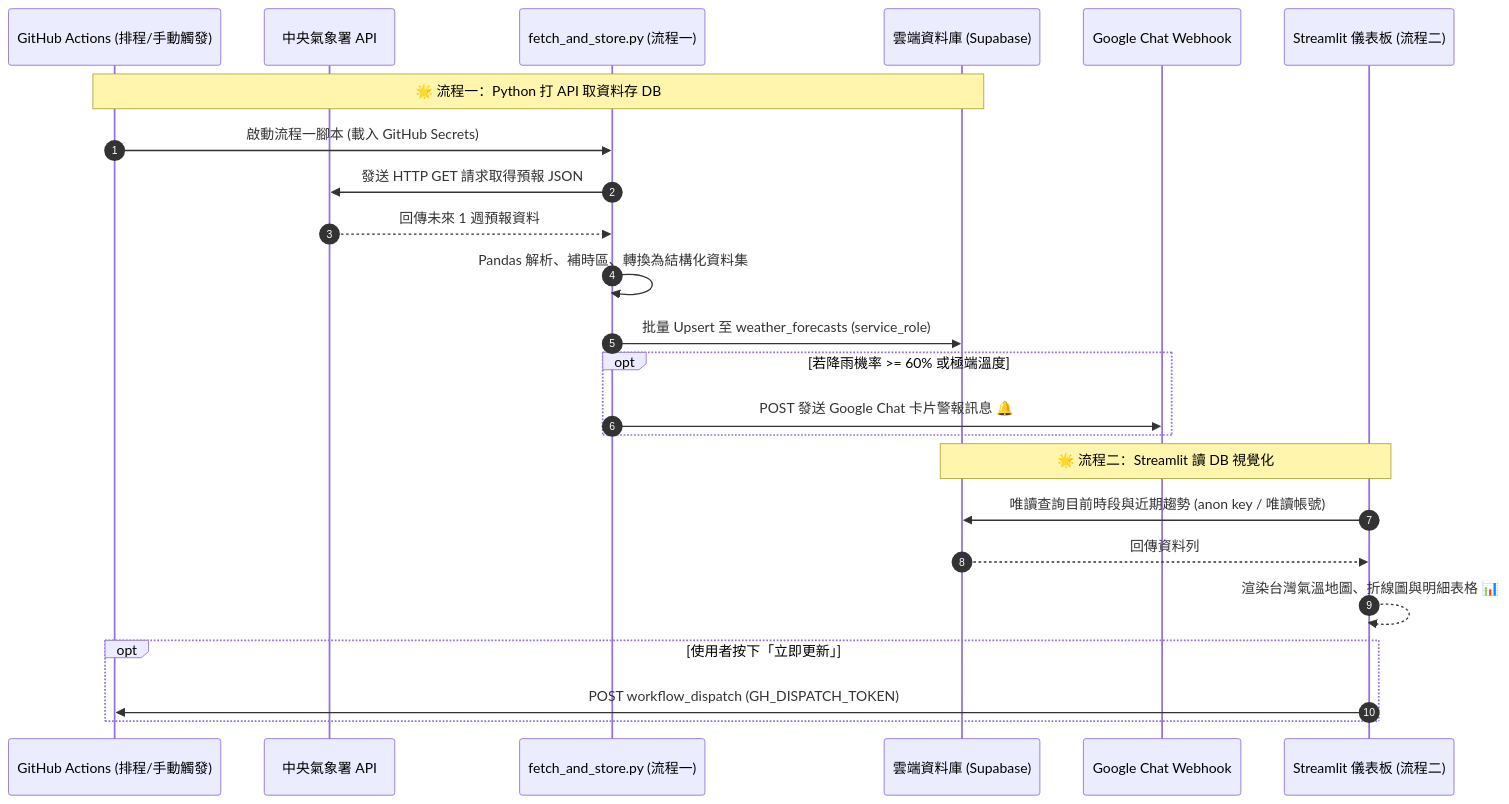
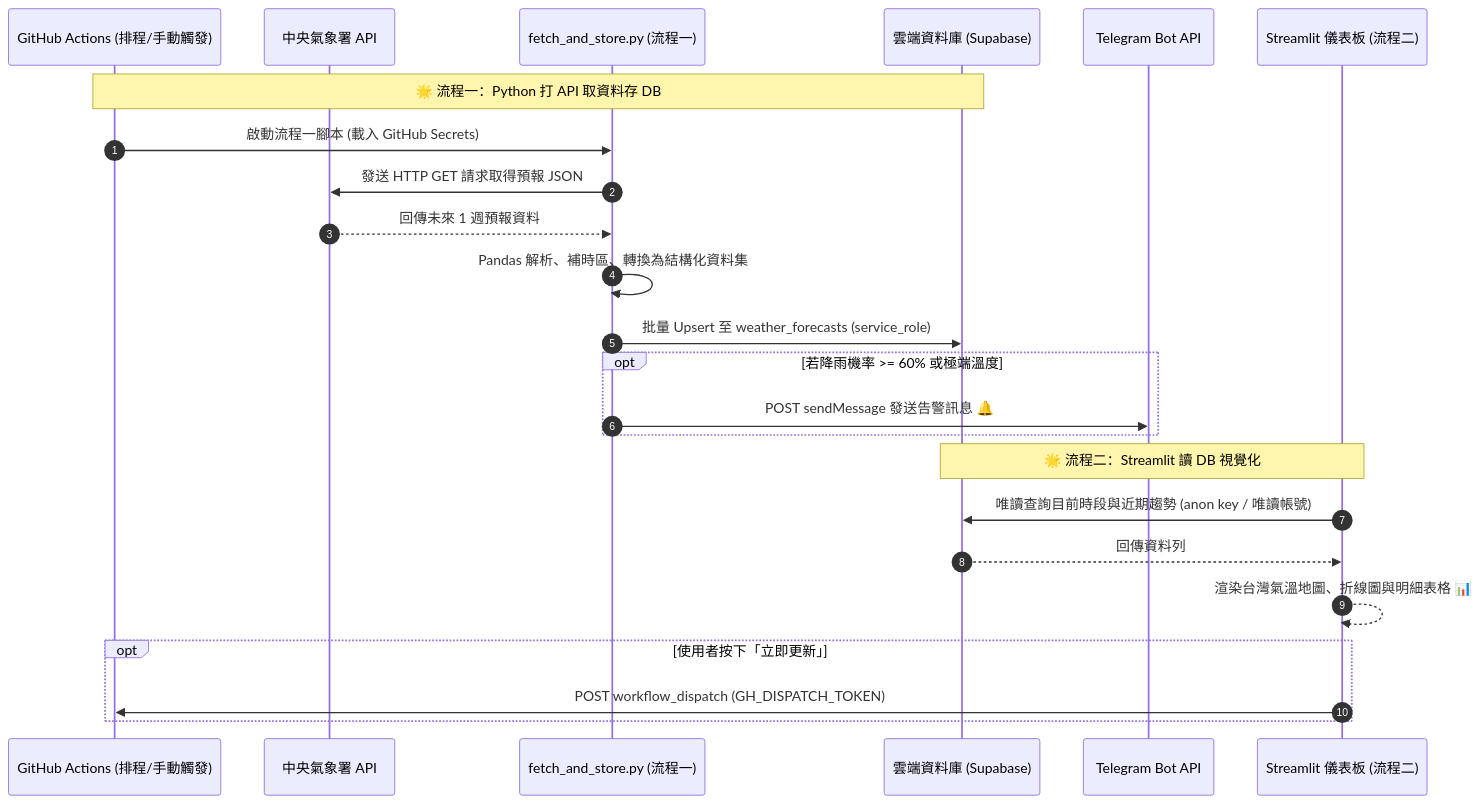
The second of 2 diagrams in forecast/SPECIFICATION.md (hobartXIII/tw_forecast), drawn with Mermaid before and after one commit. The commit also changed other lines of this file and 7 other files, not shown here.

First line of the commit message:
推播管道改為 Telegram，移除 Google Chat

````diff
--- a/forecast/SPECIFICATION.md
+++ b/forecast/SPECIFICATION.md
@@ -103,28 +103,28 @@
 ```mermaid
 sequenceDiagram
     autonumber
     participant GHA as GitHub Actions (排程/手動觸發)
     participant CWA as 中央氣象署 API
     participant P1 as fetch_and_store.py (流程一)
     participant DB as 雲端資料庫 (Supabase)
-    participant GC as Google Chat Webhook
+    participant GC as Telegram Bot API
     participant FE as Streamlit 儀表板 (流程二)
 
     Note over GHA,DB: 🌟 流程一：Python 打 API 取資料存 DB
     GHA->>P1: 啟動流程一腳本 (載入 GitHub Secrets)
     P1->>CWA: 發送 HTTP GET 請求取得預報 JSON
     CWA-->>P1: 回傳未來 1 週預報資料
     P1->>P1: Pandas 解析、補時區、轉換為結構化資料集
     P1->>DB: 批量 Upsert 至 weather_forecasts (service_role)
     opt 若降雨機率 >= 60% 或極端溫度
-        P1->>GC: POST 發送 Google Chat 卡片警報訊息 🔔
+        P1->>GC: POST sendMessage 發送告警訊息 🔔
     end
 
     Note over DB,FE: 🌟 流程二：Streamlit 讀 DB 視覺化
     FE->>DB: 唯讀查詢目前時段與近期趨勢 (anon key / 唯讀帳號)
     DB-->>FE: 回傳資料列
     FE-->>FE: 渲染台灣氣溫地圖、折線圖與明細表格 📊
     opt 使用者按下「立即更新」
         FE->>GHA: POST workflow_dispatch (GH_DISPATCH_TOKEN)
     end
 ```
````
